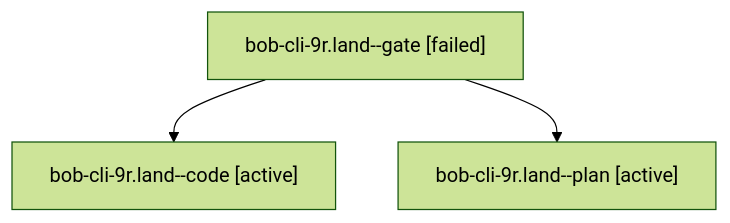
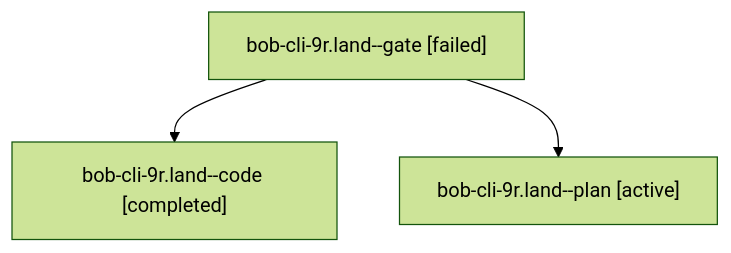
One commit to bobs-org/bob-cli--agents changed the diagram in sessions/bbugyi200.athena.bob-cli-9r.land.md. Above: the diagram before and after it, drawn with Mermaid (forest theme). The commit also changed other lines of this file and 48 other files, not shown here.

````diff
--- a/sessions/bbugyi200.athena.bob-cli-9r.land.md
+++ b/sessions/bbugyi200.athena.bob-cli-9r.land.md
@@ -9,8 +9,8 @@
 ```mermaid
 flowchart TD
   n0["bob-cli-9r.land--gate [failed]"]
-  n1["bob-cli-9r.land--code [active]"]
+  n1["bob-cli-9r.land--code [completed]"]
   n0 --> n1
   n2["bob-cli-9r.land--plan [active]"]
   n0 --> n2
 ```
````
